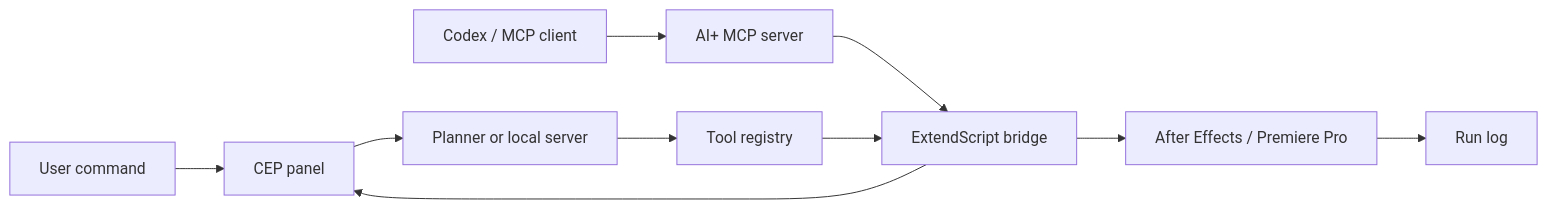
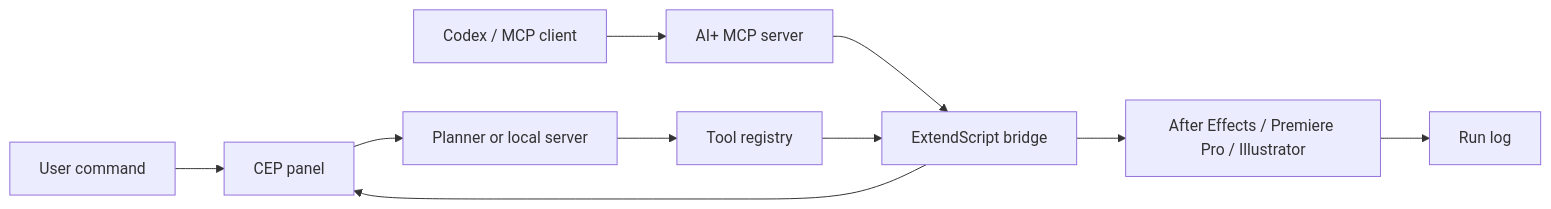
Before and after one commit to PIXELZX0/AI-: the diagram in docs/AI_AGENT_ARCHITECTURE.md, drawn with Mermaid. The commit also changed other lines of this file and 32 other files, not shown here.

````diff
--- a/docs/AI_AGENT_ARCHITECTURE.md
+++ b/docs/AI_AGENT_ARCHITECTURE.md
@@ -5,12 +5,12 @@
 ```mermaid
 flowchart LR
   User[User command] --> Panel[CEP panel]
   Codex[Codex / MCP client] --> MCP[AI+ MCP server]
   MCP --> Bridge[Local HTTP bridge]
   Bridge --> Panel
   Panel --> Planner[Planner or local server]
   Planner --> Registry[Tool registry]
   Registry --> Bridge[ExtendScript bridge]
-  Bridge --> Adobe[After Effects / Premiere Pro]
+  Bridge --> Adobe[After Effects / Premiere Pro / Illustrator]
   Adobe --> Log[Run log]
 ```
````
